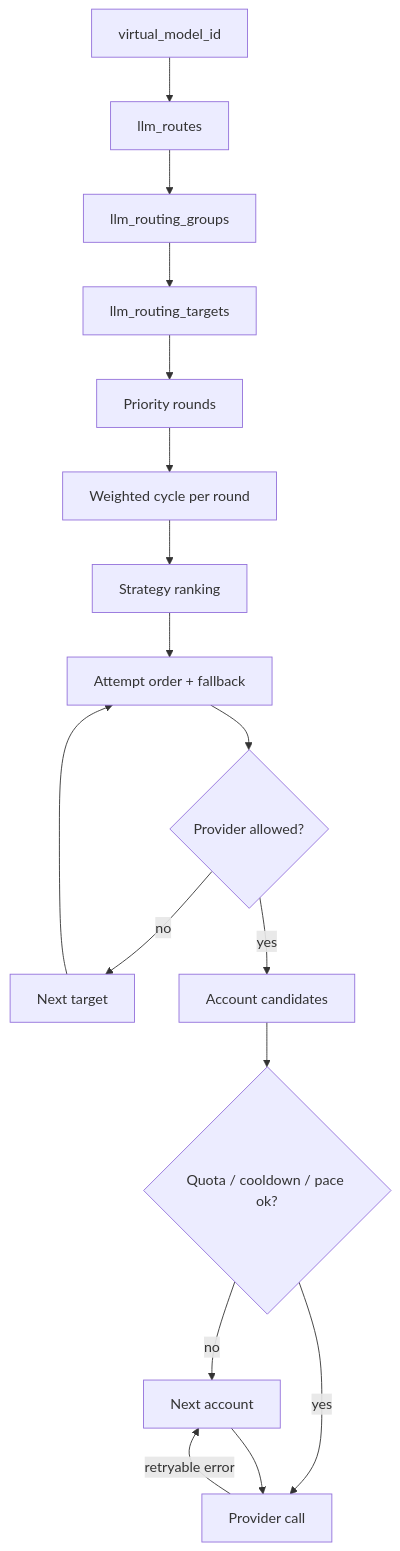
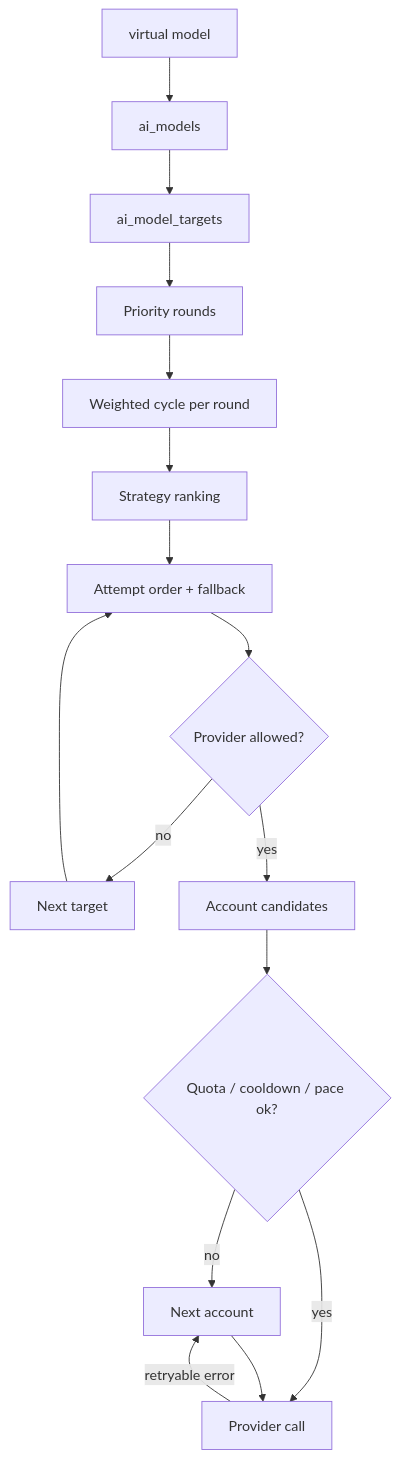
The diagram in .livingdocs/architecture/llm-routing.md (luozhouyang/octra), drawn with Mermaid before and after one commit. The commit also changed 20 other files, not shown here.

````diff
--- a/.livingdocs/architecture/llm-routing.md
+++ b/.livingdocs/architecture/llm-routing.md
@@ -13,19 +13,18 @@
 ```mermaid
 flowchart TB
-    VM[virtual_model_id] --> Route[llm_routes]
-    Route --> Group[llm_routing_groups]
-    Group --> Targets[llm_routing_targets]
+    VM[virtual model] --> Model[ai_models]
+    Model --> Targets[ai_model_targets]
     Targets --> Rounds[Priority rounds]
     Rounds --> Cycles[Weighted cycle per round]
     Cycles --> Strategy[Strategy ranking]
     Strategy --> Attempts[Attempt order + fallback]
     Attempts --> Provider{Provider allowed?}
     Provider -->|no| Next[Next target]
     Provider -->|yes| Accounts[Account candidates]
     Accounts --> Cooldown{Quota / cooldown / pace ok?}
     Cooldown -->|no| NextAccount[Next account]
     Cooldown -->|yes| Call[Provider call]
     Call -->|retryable error| NextAccount
     NextAccount --> Call
     Next --> Attempts
 ```
````
